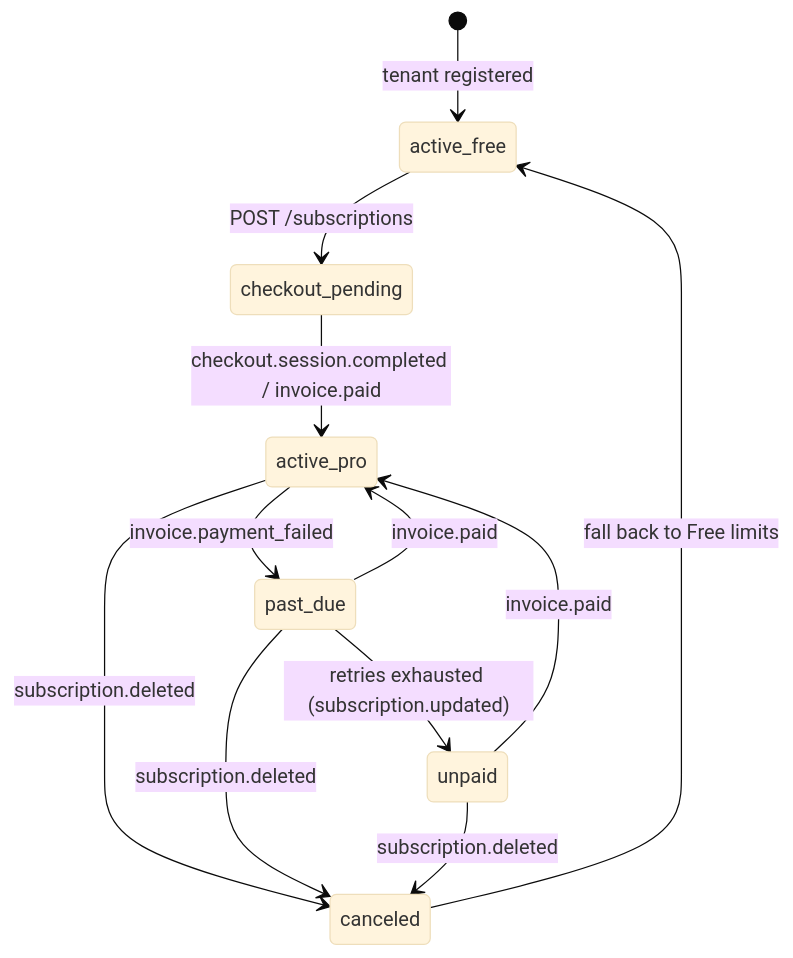
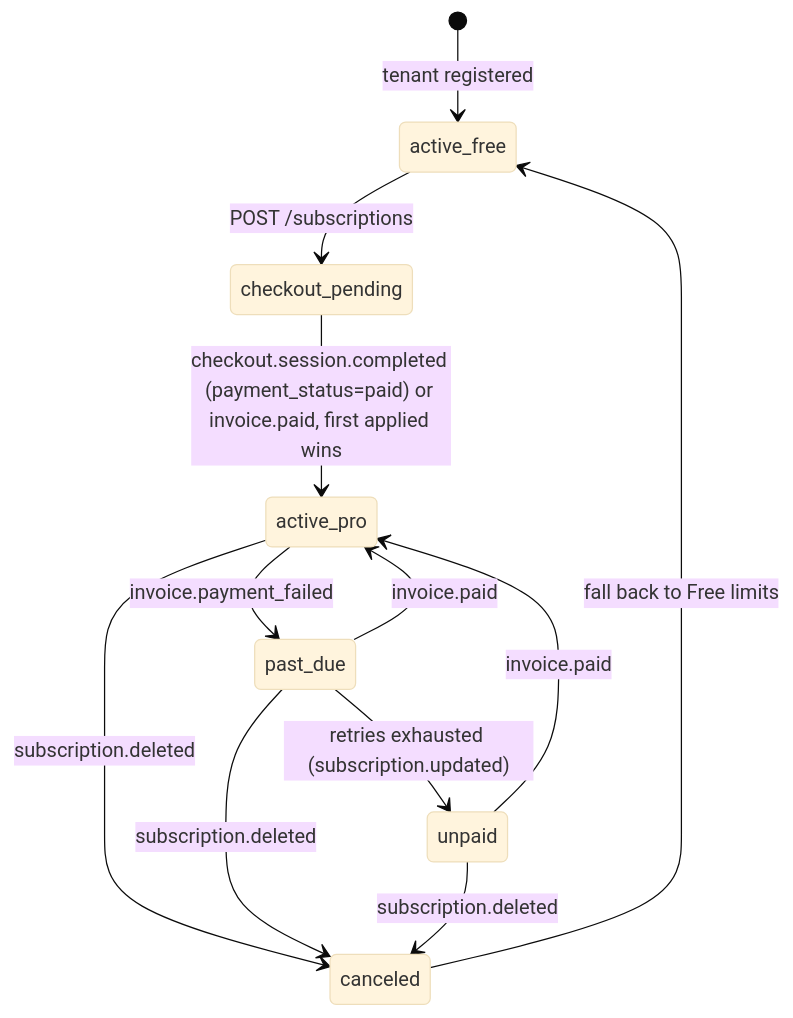
The seventh of 9 diagrams in docs/ARCHITECTURE.md (code4wealth/usage-metering-billing-engine), drawn with Mermaid (base theme) before and after one commit. The commit also changed other lines of this file and 5 other files, not shown here.

````diff
--- a/docs/ARCHITECTURE.md
+++ b/docs/ARCHITECTURE.md
@@ -194,14 +194,14 @@
 ```mermaid
 stateDiagram-v2
     [*] --> active_free: tenant registered
     active_free --> checkout_pending: POST /subscriptions
-    checkout_pending --> active_pro: checkout.session.completed / invoice.paid
+    checkout_pending --> active_pro: checkout.session.completed (payment_status=paid) or invoice.paid, first applied wins
     active_pro --> past_due: invoice.payment_failed
     past_due --> active_pro: invoice.paid
     past_due --> unpaid: retries exhausted (subscription.updated)
     unpaid --> active_pro: invoice.paid
     active_pro --> canceled: subscription.deleted
     past_due --> canceled: subscription.deleted
     unpaid --> canceled: subscription.deleted
     canceled --> active_free: fall back to Free limits
 ```
````
